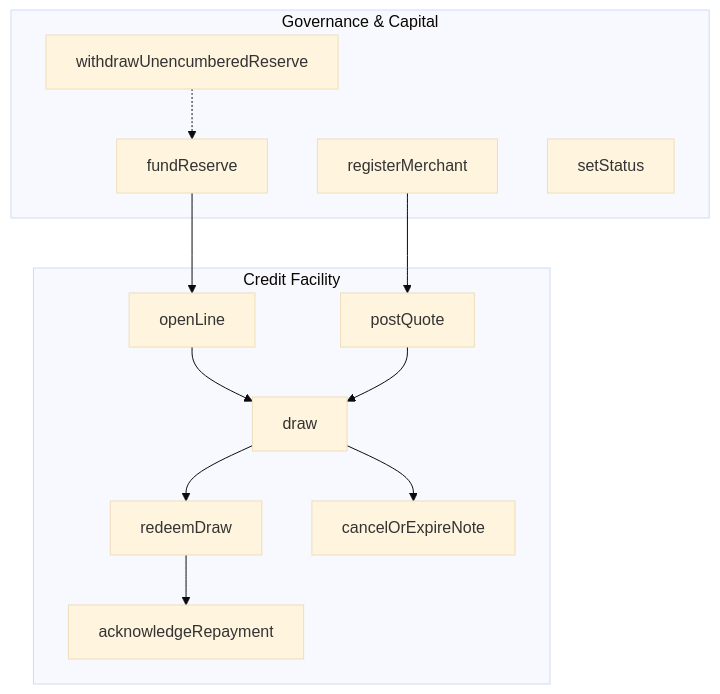
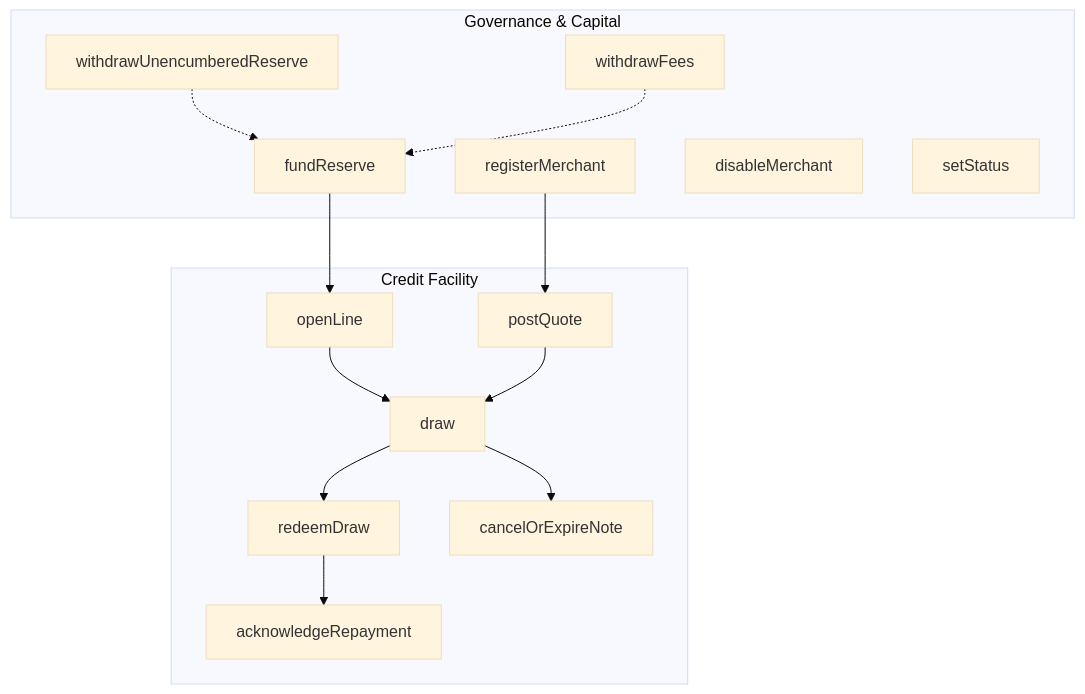
The diagram in docs/PRODUCT_ARCHITECTURE.md (ShrikarT/line), drawn with Mermaid (base theme) before and after one commit. The commit also changed other lines of this file and 18 other files, not shown here.

````diff
--- a/docs/PRODUCT_ARCHITECTURE.md
+++ b/docs/PRODUCT_ARCHITECTURE.md
@@ -23,27 +23,30 @@
 ```mermaid
 flowchart TD
     subgraph Governance & Capital
         FR[fundReserve]
         WR[withdrawUnencumberedReserve]
+        WF[withdrawFees]
         RM[registerMerchant]
+        DM[disableMerchant]
         SS[setStatus]
     end
 
     subgraph Credit Facility
         OL[openLine]
         PQ[postQuote]
         DR[draw]
         RD[redeemDraw]
         CN[cancelOrExpireNote]
         AR[acknowledgeRepayment]
     end
 
     FR --> OL
     RM --> PQ
     OL --> DR
     PQ --> DR
     DR --> RD
     DR --> CN
     RD --> AR
     WR -.-> FR
+    WF -.-> FR
 ```
````
